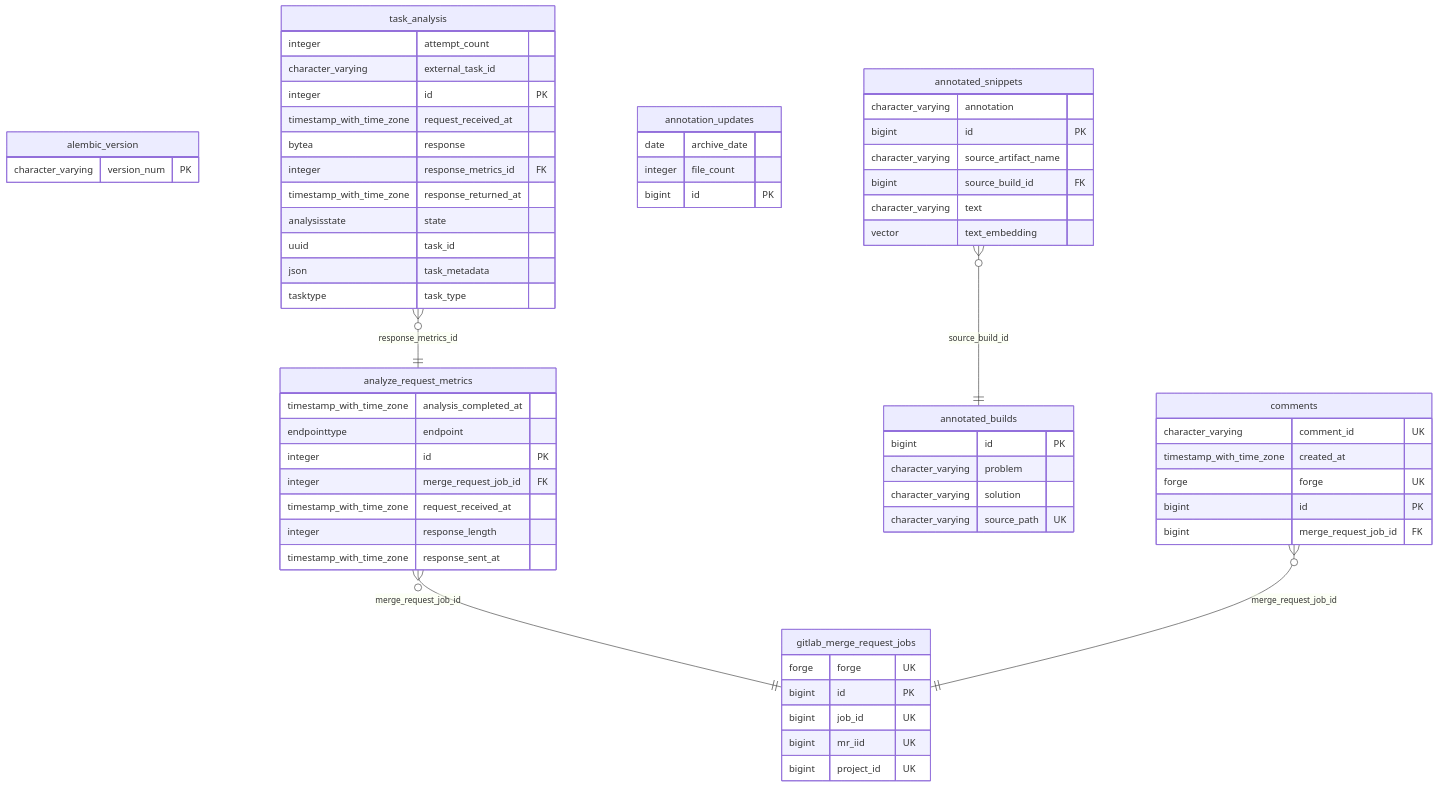
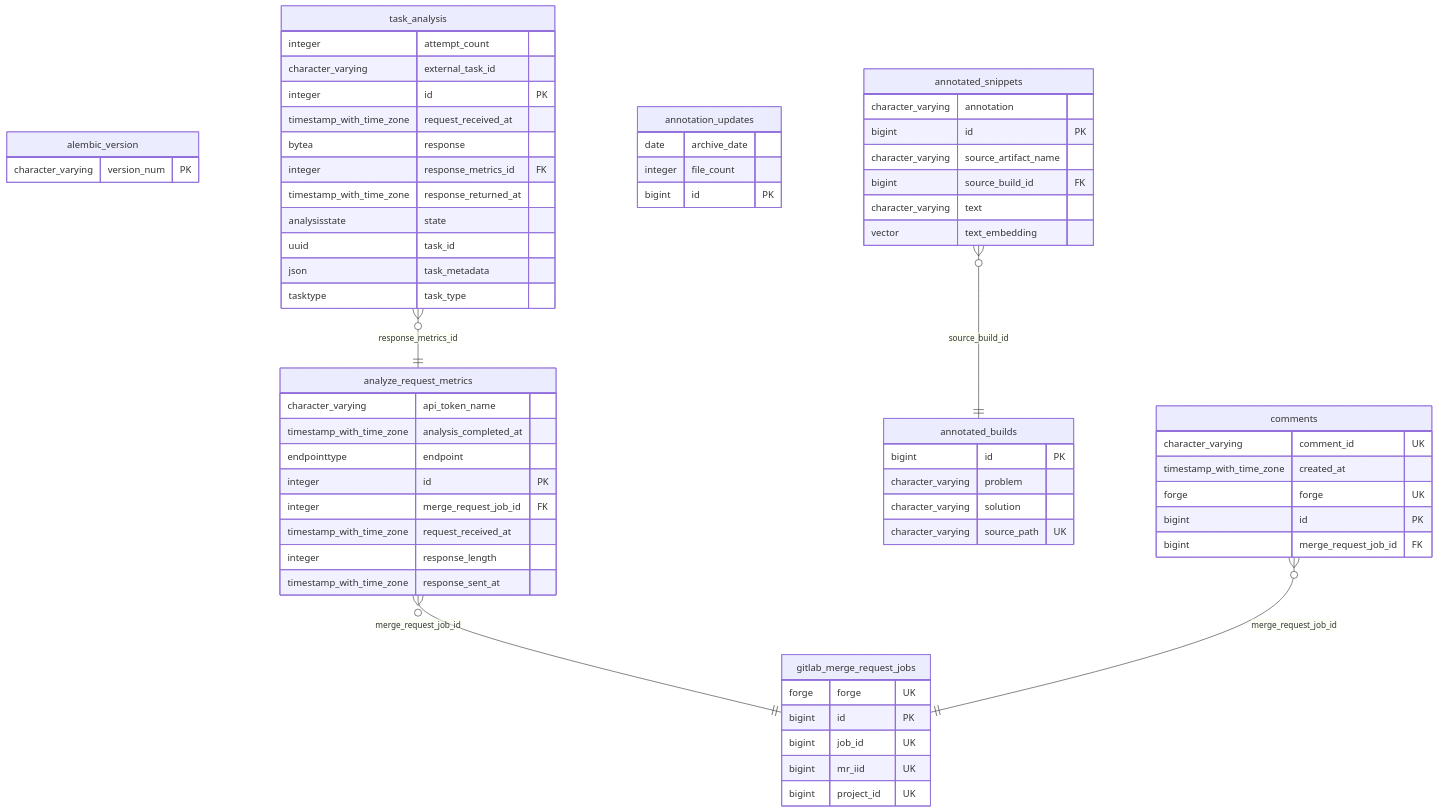
One commit to fedora-copr/logdetective changed the diagram in alembic/diagram.mmd. Above: the diagram before and after it, drawn with Mermaid. The commit also changed 21 other files, not shown here.

```diff
--- a/alembic/diagram.mmd
+++ b/alembic/diagram.mmd
@@ -1,71 +1,72 @@
 erDiagram
     alembic_version {
         character_varying version_num PK
     }
 
     analyze_request_metrics {
+        character_varying api_token_name
         timestamp_with_time_zone analysis_completed_at
         endpointtype endpoint
         integer id PK
         integer merge_request_job_id FK
         timestamp_with_time_zone request_received_at
         integer response_length
         timestamp_with_time_zone response_sent_at
     }
 
     annotated_builds {
         bigint id PK
         character_varying problem
         character_varying solution
         character_varying source_path UK
     }
 
     annotated_snippets {
         character_varying annotation
         bigint id PK
         character_varying source_artifact_name
         bigint source_build_id FK
         character_varying text
         vector text_embedding
     }
 
     annotation_updates {
         date archive_date
         integer file_count
         bigint id PK
     }
 
     comments {
         character_varying comment_id UK
         timestamp_with_time_zone created_at
         forge forge UK
         bigint id PK
         bigint merge_request_job_id FK
     }
 
     gitlab_merge_request_jobs {
         forge forge UK
         bigint id PK
         bigint job_id UK
         bigint mr_iid UK
         bigint project_id UK
     }
 
     task_analysis {
         integer attempt_count
         character_varying external_task_id
         integer id PK
         timestamp_with_time_zone request_received_at
         bytea response
         integer response_metrics_id FK
         timestamp_with_time_zone response_returned_at
         analysisstate state
         uuid task_id
         json task_metadata
         tasktype task_type
     }
 
     analyze_request_metrics }o--|| gitlab_merge_request_jobs : "merge_request_job_id"
     task_analysis }o--|| analyze_request_metrics : "response_metrics_id"
     annotated_snippets }o--|| annotated_builds : "source_build_id"
     comments }o--|| gitlab_merge_request_jobs : "merge_request_job_id"
```
